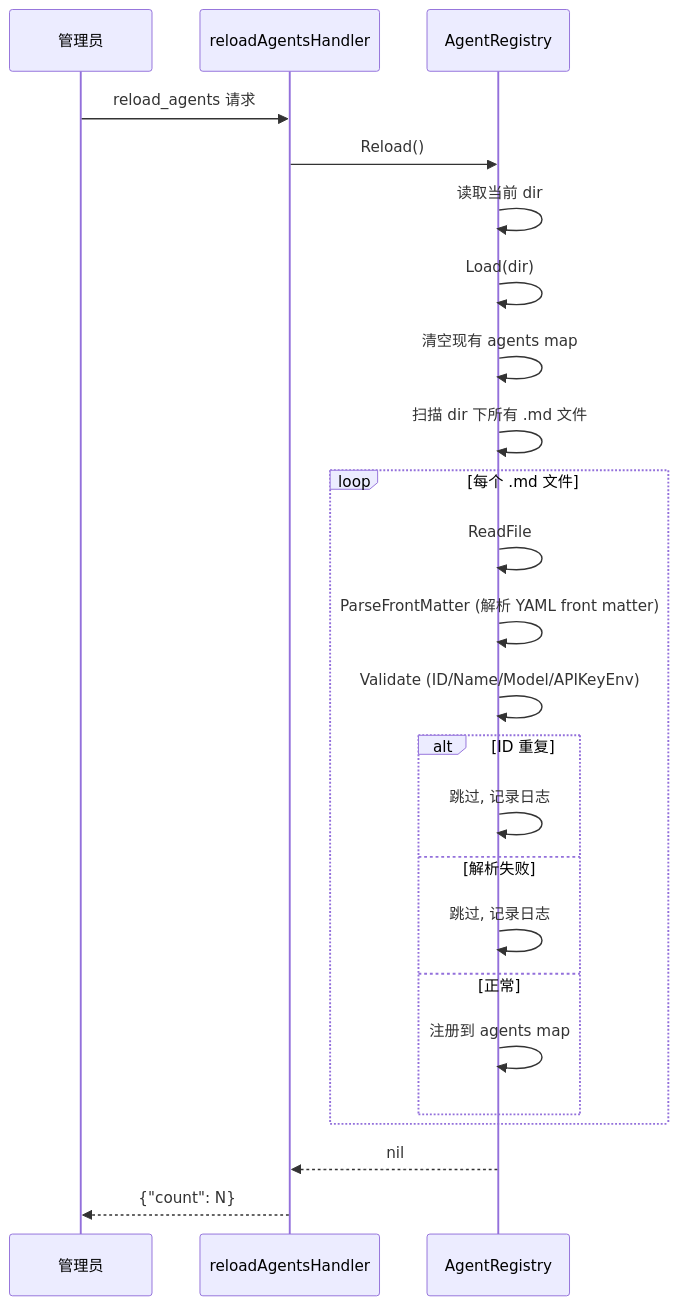
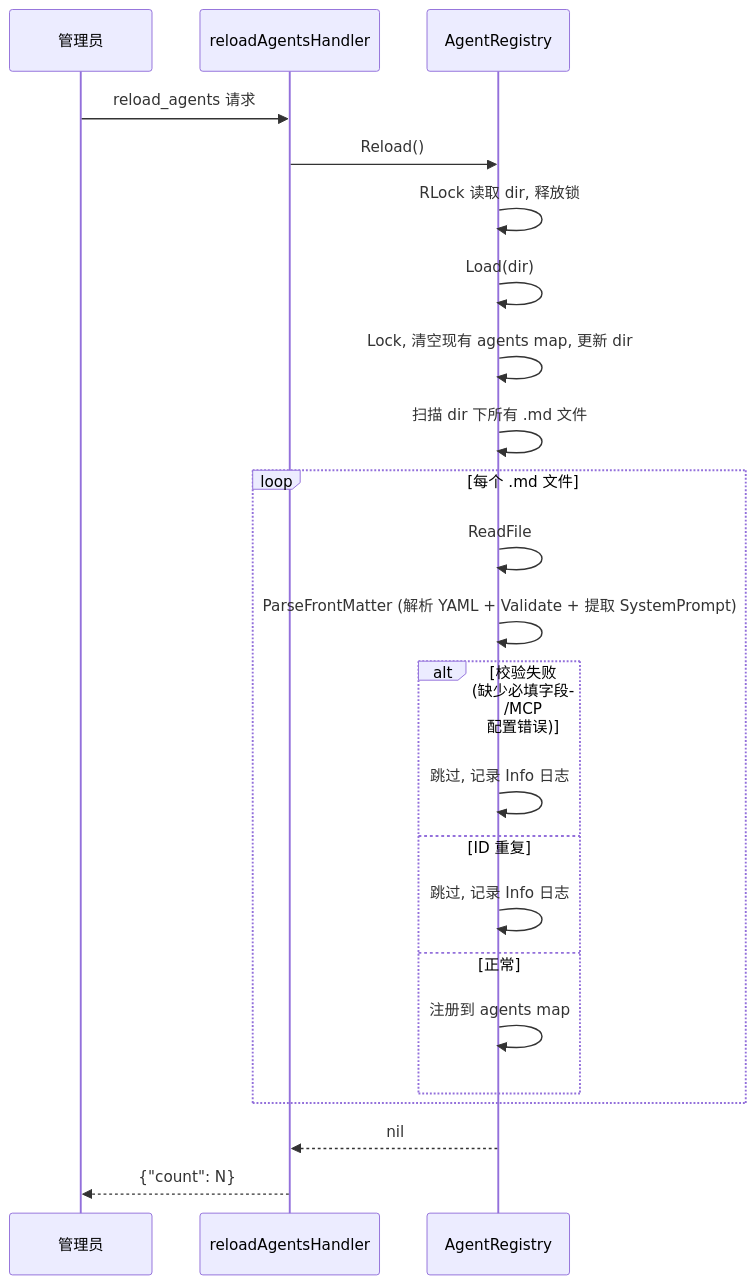
The ninth of 10 diagrams in wiki/flows/function-registry.md (PineappleBond/xyncra-server), drawn with Mermaid before and after one commit. The commit also changed other lines of this file and 22 other files, not shown here.

````diff
--- a/wiki/flows/function-registry.md
+++ b/wiki/flows/function-registry.md
@@ -500,27 +545,26 @@
 ```mermaid
 sequenceDiagram
     participant Admin as 管理员
     participant Handler as reloadAgentsHandler
     participant Registry as AgentRegistry
 
     Admin->>Handler: reload_agents 请求
     Handler->>Registry: Reload()
-    Registry->>Registry: 读取当前 dir
+    Registry->>Registry: RLock 读取 dir, 释放锁
     Registry->>Registry: Load(dir)
-    Registry->>Registry: 清空现有 agents map
+    Registry->>Registry: Lock, 清空现有 agents map, 更新 dir
     Registry->>Registry: 扫描 dir 下所有 .md 文件
     loop 每个 .md 文件
         Registry->>Registry: ReadFile
-        Registry->>Registry: ParseFrontMatter (解析 YAML front matter)
-        Registry->>Registry: Validate (ID/Name/Model/APIKeyEnv)
-        alt ID 重复
-            Registry->>Registry: 跳过, 记录日志
-        else 解析失败
-            Registry->>Registry: 跳过, 记录日志
+        Registry->>Registry: ParseFrontMatter (解析 YAML + Validate + 提取 SystemPrompt)
+        alt 校验失败 (缺少必填字段/MCP 配置错误)
+            Registry->>Registry: 跳过, 记录 Info 日志
+        else ID 重复
+            Registry->>Registry: 跳过, 记录 Info 日志
         else 正常
             Registry->>Registry: 注册到 agents map
         end
     end
     Registry-->>Handler: nil
     Handler-->>Admin: {"count": N}
 ```
````
